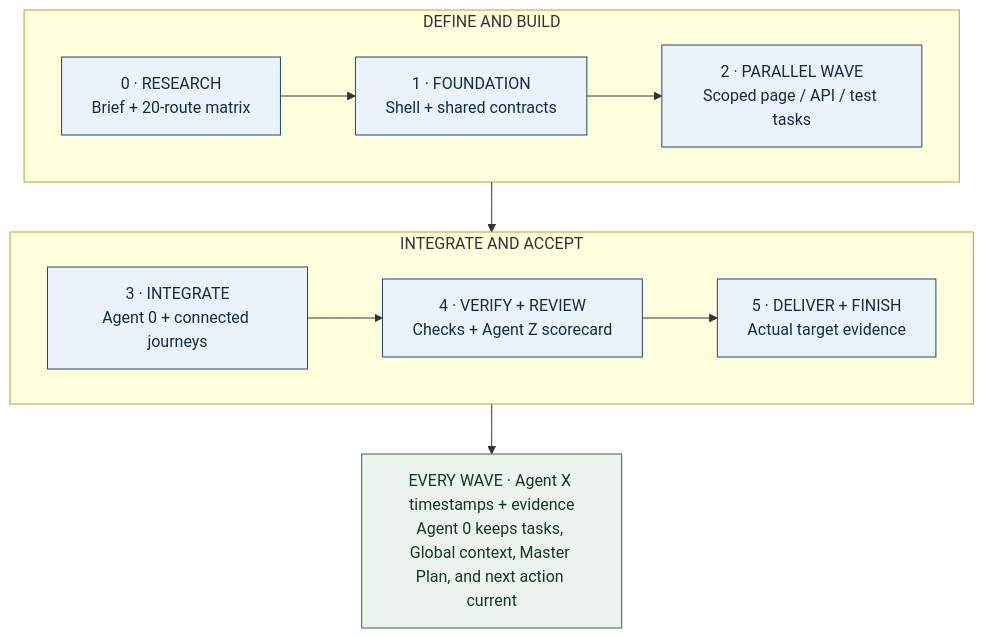
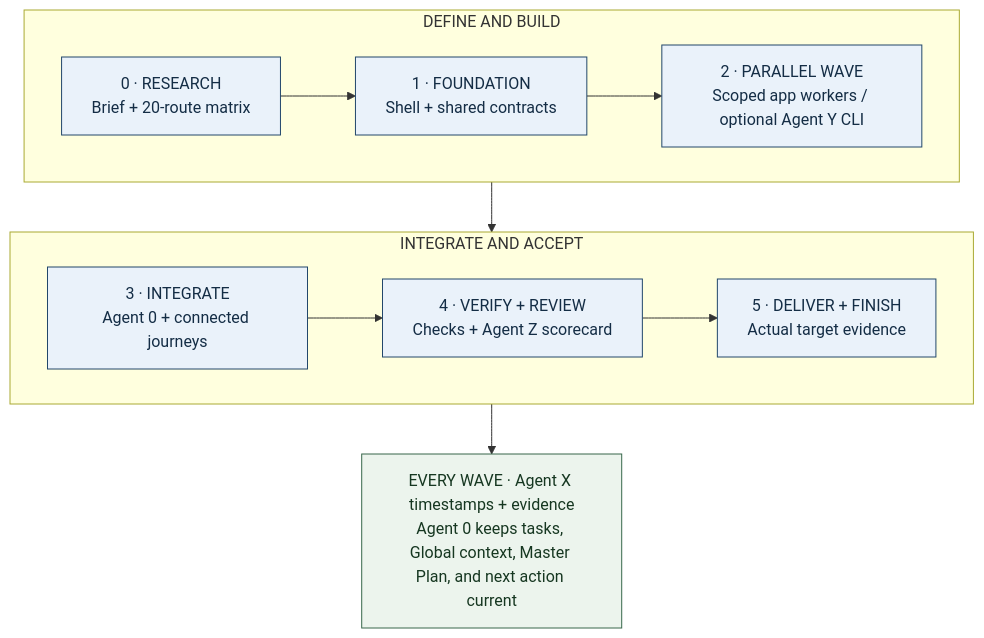
Before and after one commit to WayneTechLab/WebAppX: the diagram in .SYSTEMX/docs/ONE-SHOT-PROJECT.md, drawn with Mermaid. The commit also changed other lines of this file and 272 other files, not shown here.

````diff
--- a/.SYSTEMX/docs/ONE-SHOT-PROJECT.md
+++ b/.SYSTEMX/docs/ONE-SHOT-PROJECT.md
@@ -3,19 +3,19 @@
 ```mermaid
 flowchart TB
   subgraph Prepare["DEFINE AND BUILD"]
     direction LR
     R["0 · RESEARCH<br/>Brief + 20-route matrix"] --> F["1 · FOUNDATION<br/>Shell + shared contracts"]
-    F --> P["2 · PARALLEL WAVE<br/>Scoped page / API / test tasks"]
+    F --> P["2 · PARALLEL WAVE<br/>Scoped app workers / optional Agent Y CLI"]
   end
   subgraph Complete["INTEGRATE AND ACCEPT"]
     direction LR
     I["3 · INTEGRATE<br/>Agent 0 + connected journeys"] --> V["4 · VERIFY + REVIEW<br/>Checks + Agent Z scorecard"]
     V --> D["5 · DELIVER + FINISH<br/>Actual target evidence"]
   end
   Prepare --> Complete
   Complete --> Record["EVERY WAVE · Agent X timestamps + evidence<br/>Agent 0 keeps tasks, Global context, Master Plan, and next action current"]
   classDef phase fill:#EAF2FA,stroke:#22476B,color:#142D45
   classDef role fill:#ECF4ED,stroke:#38674B,color:#163721
   class R,F,P,I,V,D phase
   class Record role
 ```
````
